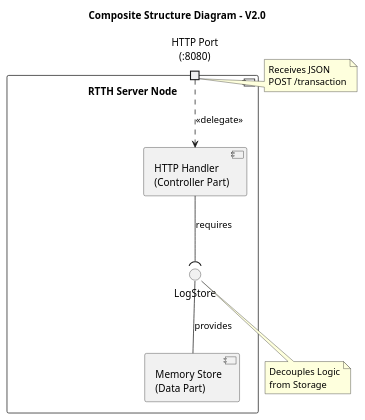
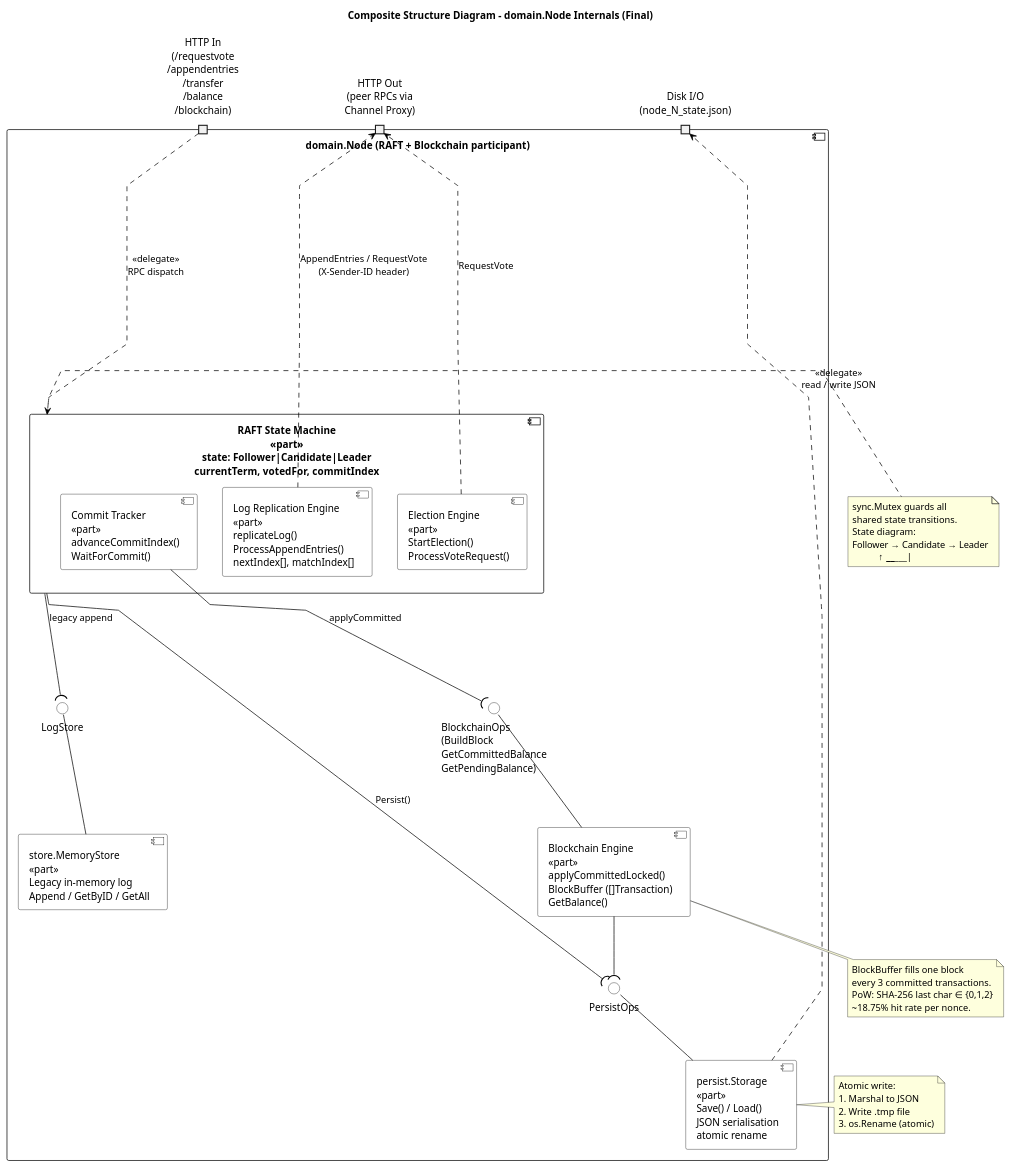
One commit to PrajwalPatil06/RTTH changed the diagram in UML_Diagrams/composite.puml. Above: the diagram before and after it, drawn with PlantUML. The commit also changed 41 other files, not shown here.

Commit message:
S4: Blockchain, channel, integration tests

```diff
--- a/UML_Diagrams/composite.puml
+++ b/UML_Diagrams/composite.puml
@@ -1,44 +1,89 @@
 @startuml
-title Composite Structure Diagram - V2.0
+title Composite Structure Diagram - domain.Node Internals (Final)
+
 skinparam componentStyle uml2
 skinparam linetype polyline
 skinparam backgroundColor white
-
-' 1. The Container (The System Boundary)
-component "RTTH Server Node" as Server {
-    
-    ' 2. The Port (External Interface)
-    port "HTTP Port\n(:8080)" as P1
-
-    ' 3. Internal Parts (The Active Modules)
-    component "HTTP Handler\n(Controller Part)" as Handler
-    component "Memory Store\n(Data Part)" as Store
-    
-    ' 4. The Interface (Contract between parts)
-    interface "LogStore" as IStore
+skinparam component {
+    BackgroundColor White
+    BorderColor Black
+    ArrowColor Black
+}
+skinparam interface {
+    BackgroundColor White
+    BorderColor Black
 }
 
-' 5. Connectors (Wiring it all together)
+' ── Outer boundary: the Node process ─────────────────────────────────────────
+component "domain.Node (RAFT + Blockchain participant)" as Node {
 
-' Delegate Connector:
-' Passes the external request from the Port to the internal Handler
-P1 ..> Handler : <<delegate>>
+    ' External ports
+    port "HTTP In\n(/requestvote\n/appendentries\n/transfer\n/balance\n/blockchain)" as HttpIn
+    port "HTTP Out\n(peer RPCs via\nChannel Proxy)"                                  as HttpOut
+    port "Disk I/O\n(node_N_state.json)"                                             as DiskIO
 
-' Ball-and-Socket (Assembly Connector):
-' The Handler requires storage capabilities
-Handler --( IStore : requires
+    ' ── Internal parts ────────────────────────────────────────────────────────
+    component "RAFT State Machine\n«part»\nstate: Follower|Candidate|Leader\ncurrentTerm, votedFor, commitIndex" as StateMachine {
+        component "Election Engine\n«part»\nStartElection()\nProcessVoteRequest()" as ElectionPart
+        component "Log Replication Engine\n«part»\nreplicateLog()\nProcessAppendEntries()\nnextIndex[], matchIndex[]" as ReplicaPart
+        component "Commit Tracker\n«part»\nadvanceCommitIndex()\nWaitForCommit()" as CommitPart
+    }
 
-' The Memory Store provides those capabilities
-IStore -- Store : provides
+    component "Blockchain Engine\n«part»\napplyCommittedLocked()\nBlockBuffer ([]Transaction)\nGetBalance()" as BlockchainPart
 
-note right of P1
-  Receives JSON
-  POST /transaction
+    component "store.MemoryStore\n«part»\nLegacy in-memory log\nAppend / GetByID / GetAll" as MemStorePart
+
+    component "persist.Storage\n«part»\nSave() / Load()\nJSON serialisation\natomic rename" as PersistPart
+
+    ' ── Internal interfaces ────────────────────────────────────────────────────
+    interface "LogStore"       as ILogStore
+    interface "BlockchainOps\n(BuildBlock\nGetCommittedBalance\nGetPendingBalance)" as IBCOps
+    interface "PersistOps"     as IPersist
+}
+
+' ── Delegate: HTTP in → State Machine ────────────────────────────────────────
+HttpIn    ..> StateMachine    : <<delegate>>\nRPC dispatch
+
+' ── Delegate: State Machine → HTTP out ───────────────────────────────────────
+ReplicaPart ..> HttpOut       : AppendEntries / RequestVote\n(X-Sender-ID header)
+ElectionPart ..> HttpOut      : RequestVote
+
+' ── Assembly: State Machine → Blockchain ─────────────────────────────────────
+CommitPart    --( IBCOps      : applyCommitted
+IBCOps        --  BlockchainPart
+
+' ── Assembly: Handler → MemStore ─────────────────────────────────────────────
+StateMachine  --( ILogStore   : legacy append
+ILogStore     --  MemStorePart
+
+' ── Assembly: Node → Persist ─────────────────────────────────────────────────
+StateMachine  --( IPersist    : Persist()
+BlockchainPart --( IPersist
+IPersist      --  PersistPart
+
+' ── Delegate: Persist → Disk ─────────────────────────────────────────────────
+PersistPart   ..> DiskIO      : <<delegate>>\nread / write JSON
+
+note right of StateMachine
+  sync.Mutex guards all
+  shared state transitions.
+  State diagram:
+  Follower → Candidate → Leader
+             ↑_____________|
 end note
 
-note bottom of IStore
-  Decouples Logic
-  from Storage
+note bottom of BlockchainPart
+  BlockBuffer fills one block
+  every 3 committed transactions.
+  PoW: SHA-256 last char ∈ {0,1,2}
+  ~18.75% hit rate per nonce.
+end note
+
+note right of PersistPart
+  Atomic write:
+  1. Marshal to JSON
+  2. Write .tmp file
+  3. os.Rename (atomic)
 end note
 
 @enduml
```
